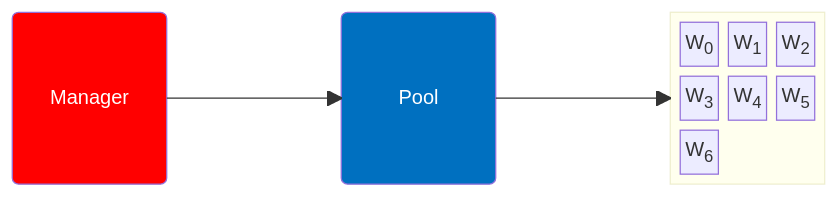
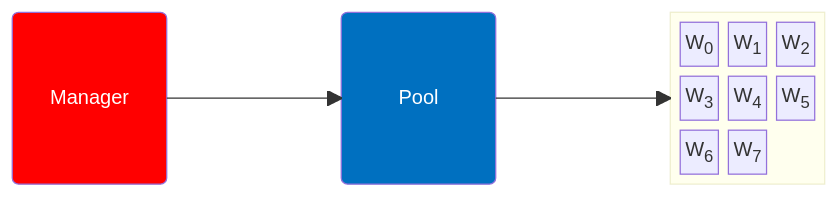
One commit to duclos-cavalcanti/TreeBuilder changed the second of 4 diagrams in docs/slidev/slides/Workflow-0.0.md. Above: the diagram before and after it, drawn with Mermaid. The commit also changed 12 other files, not shown here.

````diff
--- a/docs/slidev/slides/Workflow-0.0.md
+++ b/docs/slidev/slides/Workflow-0.0.md
@@ -39,22 +39,23 @@
 ```mermaid
 block-beta
     M("<font color=white>Manager")
     space
     P("<font color=white>Pool ")
     space
     block:workers
         columns 3
         W0["W<sub>0</sub>"] 
         W1["W<sub>1</sub>"]
         W2["W<sub>2</sub>"]
         W3["W<sub>3</sub>"]
         W4["W<sub>4</sub>"]
         W5["W<sub>5</sub>"]
         W6["W<sub>6</sub>"]
+        W7["W<sub>7</sub>"]
     end
     M-->P
     P-->workers
 
     style M fill:#FF0000
     style P fill:#0070C0
 ```
````
